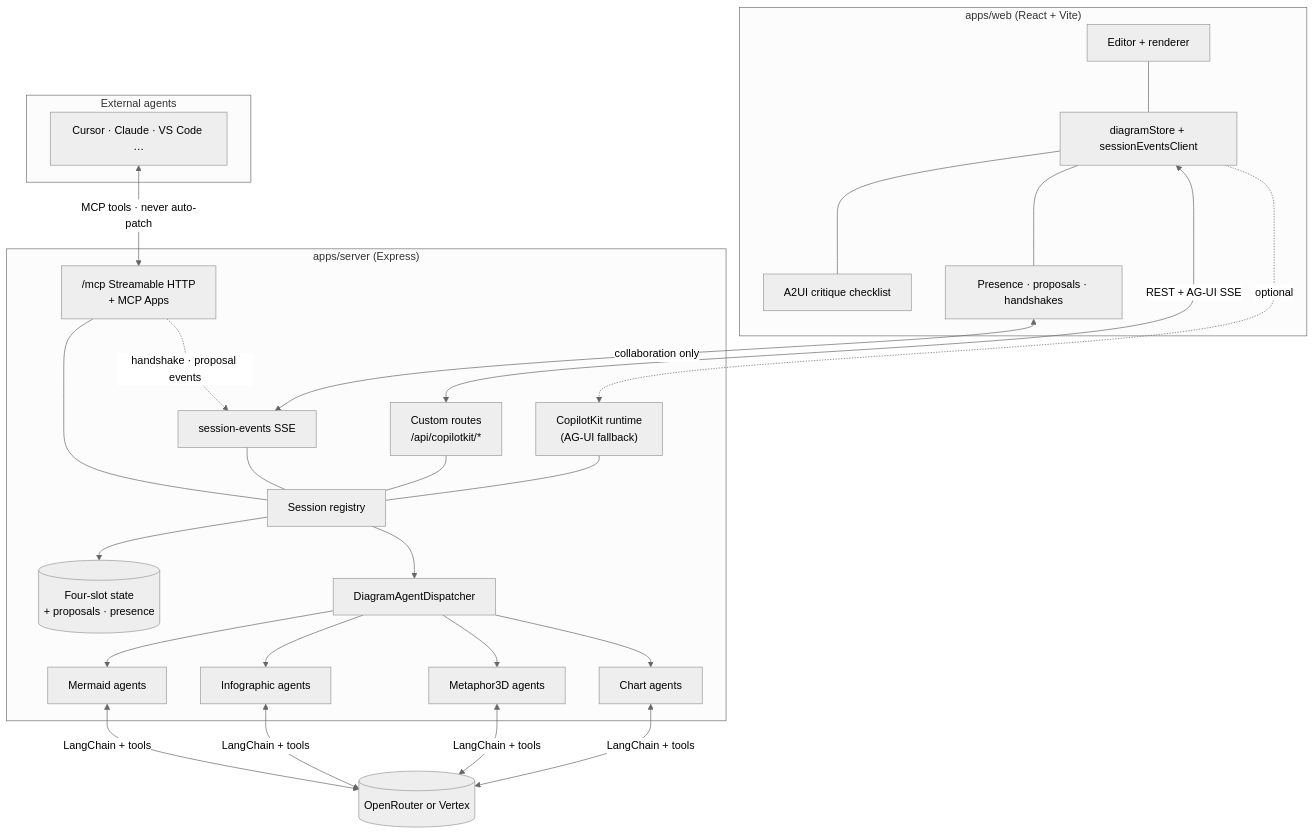
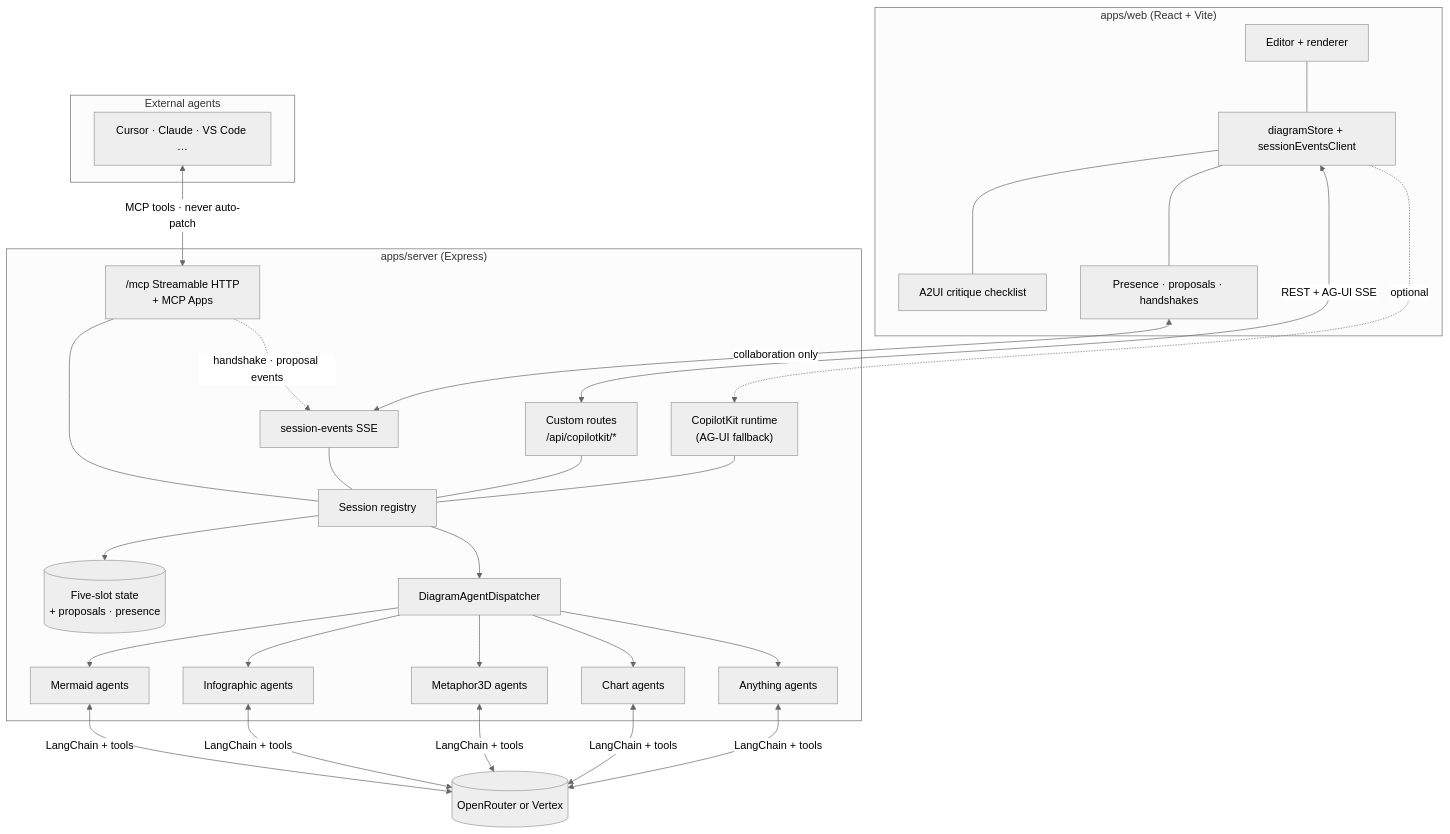
Before and after one commit to acuhlmann/mermaid-gen: the diagram in docs/guide/system-overview.md, drawn with Mermaid (neutral theme). The commit also changed other lines of this file and 20 other files, not shown here.

First line of the commit message:
docs: align human and agent docs with five-slot model

````diff
--- a/docs/guide/system-overview.md
+++ b/docs/guide/system-overview.md
@@ -7,49 +7,51 @@
 ```mermaid
 flowchart TB
   subgraph client ["apps/web (React + Vite)"]
     UI["Editor + renderer"]
     GenUI["A2UI critique checklist"]
     Collab["Presence · proposals · handshakes"]
     Store[diagramStore + sessionEventsClient]
     UI --- Store
     Store --- GenUI
     Store --- Collab
   end
 
   subgraph server ["apps/server (Express)"]
     Router["Custom routes\n/api/copilotkit/*"]
     SE["session-events SSE"]
     MCP["/mcp Streamable HTTP\n+ MCP Apps"]
     CK["CopilotKit runtime\n(AG-UI fallback)"]
     Reg["Session registry"]
-    SS[("Four-slot state\n+ proposals · presence")]
+    SS[("Five-slot state\n+ proposals · presence")]
     Dispatcher["DiagramAgentDispatcher"]
     MA[Mermaid agents]
     IA[Infographic agents]
     MEA[Metaphor3D agents]
     CA[Chart agents]
+    AA[Anything agents]
     Router --- Reg
     SE --- Reg
     MCP --- Reg
     CK --- Reg
     Reg --> SS
     Reg --> Dispatcher
     Dispatcher --> MA
     Dispatcher --> IA
     Dispatcher --> MEA
     Dispatcher --> CA
+    Dispatcher --> AA
   end
 
   subgraph guests ["External agents"]
     Cursor["Cursor · Claude · VS Code …"]
   end
 
   LLM[("OpenRouter or Vertex")]
 
   Store <-->|"REST + AG-UI SSE"| Router
   Collab <-->|"collaboration only"| SE
   Cursor <-->|"MCP tools · never auto-patch"| MCP
   Store -.->|"optional"| CK
-  MA & IA & MEA & CA <-->|"LangChain + tools"| LLM
+  MA & IA & MEA & CA & AA <-->|"LangChain + tools"| LLM
   MCP -.->|"handshake · proposal events"| SE
 ```
````
